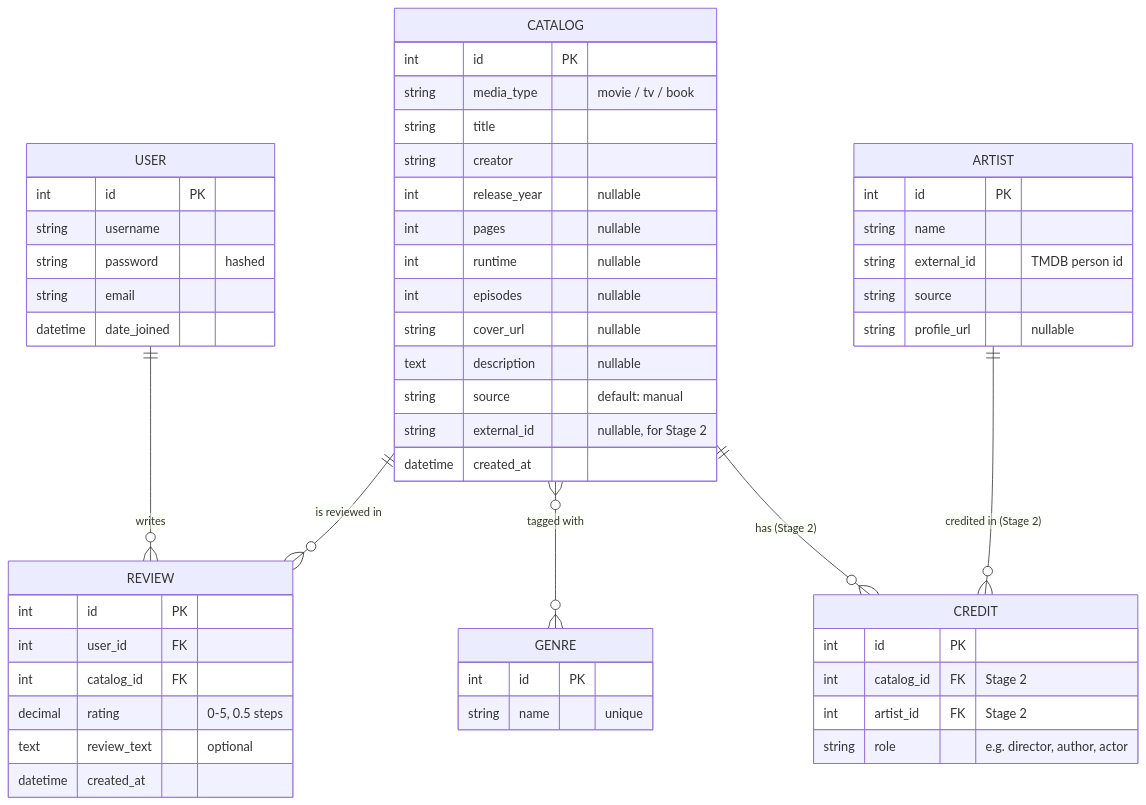
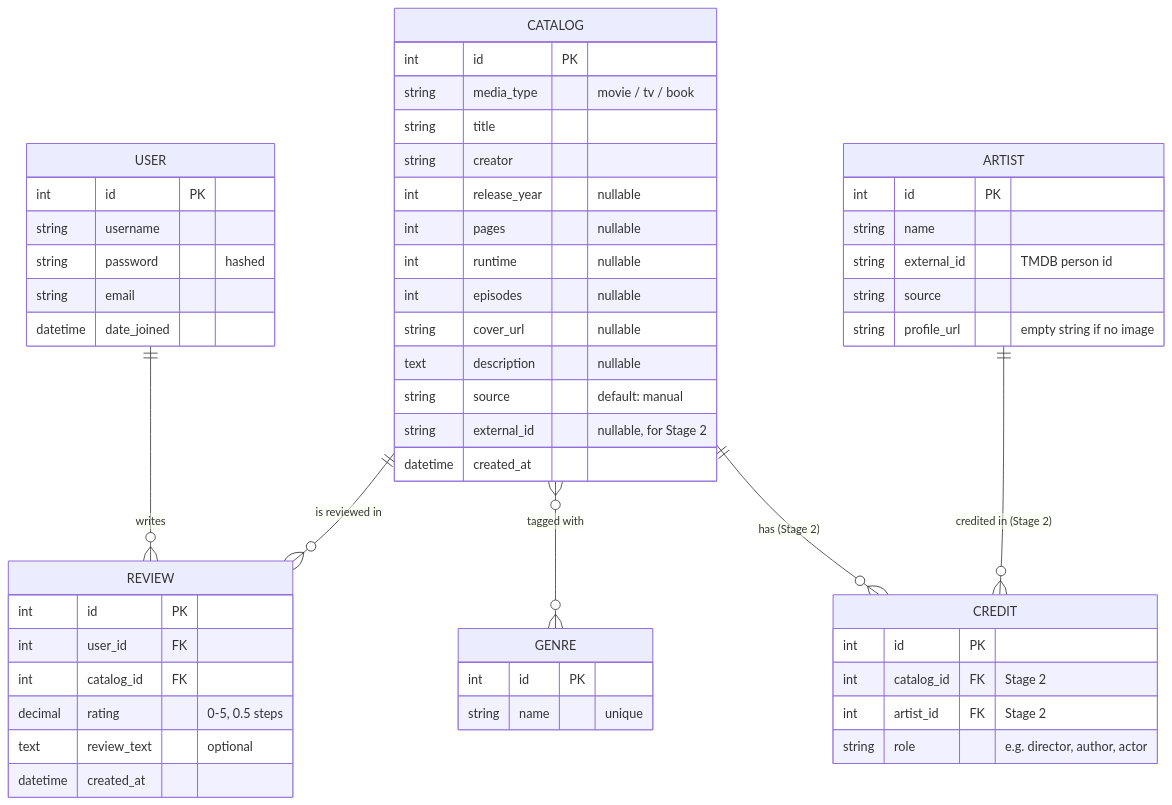
One commit to berylhu43/your_fav_literary_creation changed the diagram in design.md. Above: the diagram before and after it, drawn with Mermaid. The commit also changed 6 other files, not shown here.

````diff
--- a/design.md
+++ b/design.md
@@ -121,56 +121,56 @@
 ```mermaid
 erDiagram
     USER ||--o{ REVIEW : "writes"
     CATALOG ||--o{ REVIEW : "is reviewed in"
     CATALOG }o--o{ GENRE : "tagged with"
     CATALOG ||--o{ CREDIT : "has (Stage 2)"
     ARTIST ||--o{ CREDIT : "credited in (Stage 2)"
 
     USER {
         int id PK
         string username
         string password "hashed"
         string email
         datetime date_joined
     }
     CATALOG {
         int id PK
         string media_type "movie / tv / book"
         string title
         string creator
         int release_year "nullable"
         int pages "nullable"
         int runtime "nullable"
         int episodes "nullable"
         string cover_url "nullable"
         text description "nullable"
         string source "default: manual"
         string external_id "nullable, for Stage 2"
         datetime created_at
     }
     GENRE {
         int id PK
         string name "unique"
     }
     REVIEW {
         int id PK
         int user_id FK
         int catalog_id FK
         decimal rating "0-5, 0.5 steps"
         text review_text "optional"
         datetime created_at
     }
     ARTIST {
     int id PK
     string name
     string external_id "TMDB person id"
     string source
-    string profile_url "nullable"
+    string profile_url "empty string if no image"
     }
     CREDIT {
         int id PK
         int catalog_id FK "Stage 2"
         int artist_id FK "Stage 2"
         string role "e.g. director, author, actor"
     }
 ```
````
